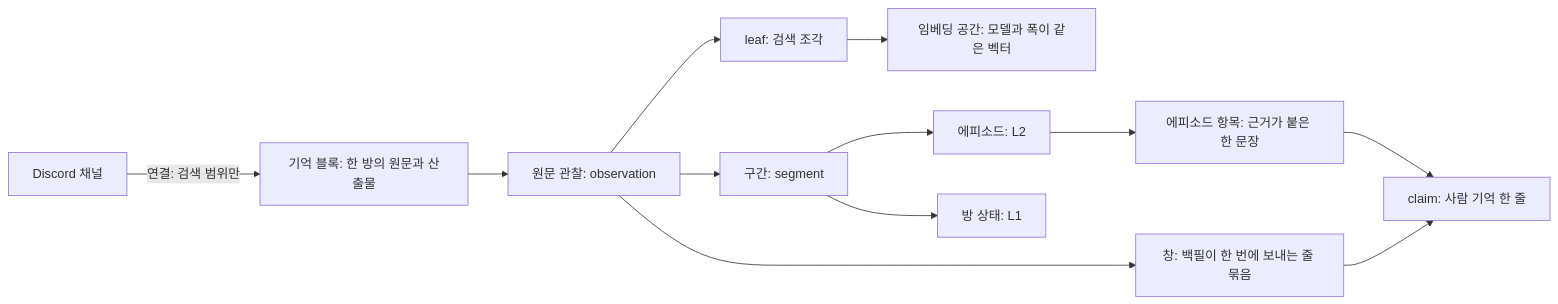
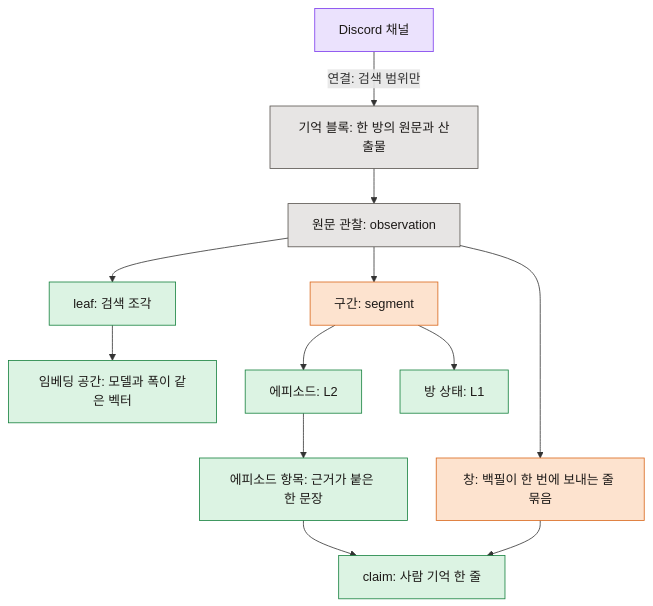
The diagram in docs/architecture/glossary.md (kim0040/masamong2), drawn with Mermaid before and after one commit. The commit also changed 5 other files, not shown here.

Commit message:
docs: the Mermaid diagrams share one class palette with explicit text colours, run top-down to fit the page, and the sequence diagram is narrower

````diff
--- a/docs/architecture/glossary.md
+++ b/docs/architecture/glossary.md
@@ -16,14 +16,25 @@
 ```mermaid
-flowchart LR
+%%{init: {"flowchart": {"curve": "basis", "nodeSpacing": 36, "rankSpacing": 44}}}%%
+flowchart TB
   OBS["원문 관찰: observation"] --> LEAF["leaf: 검색 조각"]
   LEAF --> SPACE["임베딩 공간: 모델과 폭이 같은 벡터"]
   OBS --> SEG["구간: segment"]
   SEG --> EP["에피소드: L2"]
   SEG --> STATE["방 상태: L1"]
   EP --> ITEM["에피소드 항목: 근거가 붙은 한 문장"]
   ITEM --> CLAIM["claim: 사람 기억 한 줄"]
   OBS --> WIN["창: 백필이 한 번에 보내는 줄 묶음"]
   WIN --> CLAIM
   BLOCK["기억 블록: 한 방의 원문과 산출물"] --> OBS
   CH["Discord 채널"] -- "연결: 검색 범위만" --> BLOCK
+
+  classDef entry fill:#dbe7ff,stroke:#2563eb,color:#1c1917
+  classDef core fill:#fde3cf,stroke:#d9661a,color:#1c1917
+  classDef memory fill:#dcf3e3,stroke:#15803d,color:#1c1917
+  classDef external fill:#ebe2fd,stroke:#7c3aed,color:#1c1917
+  classDef store fill:#e7e5e4,stroke:#57534e,color:#1c1917
+  class SEG,WIN core
+  class LEAF,SPACE,EP,STATE,ITEM,CLAIM memory
+  class CH external
+  class OBS,BLOCK store
 ```
````
